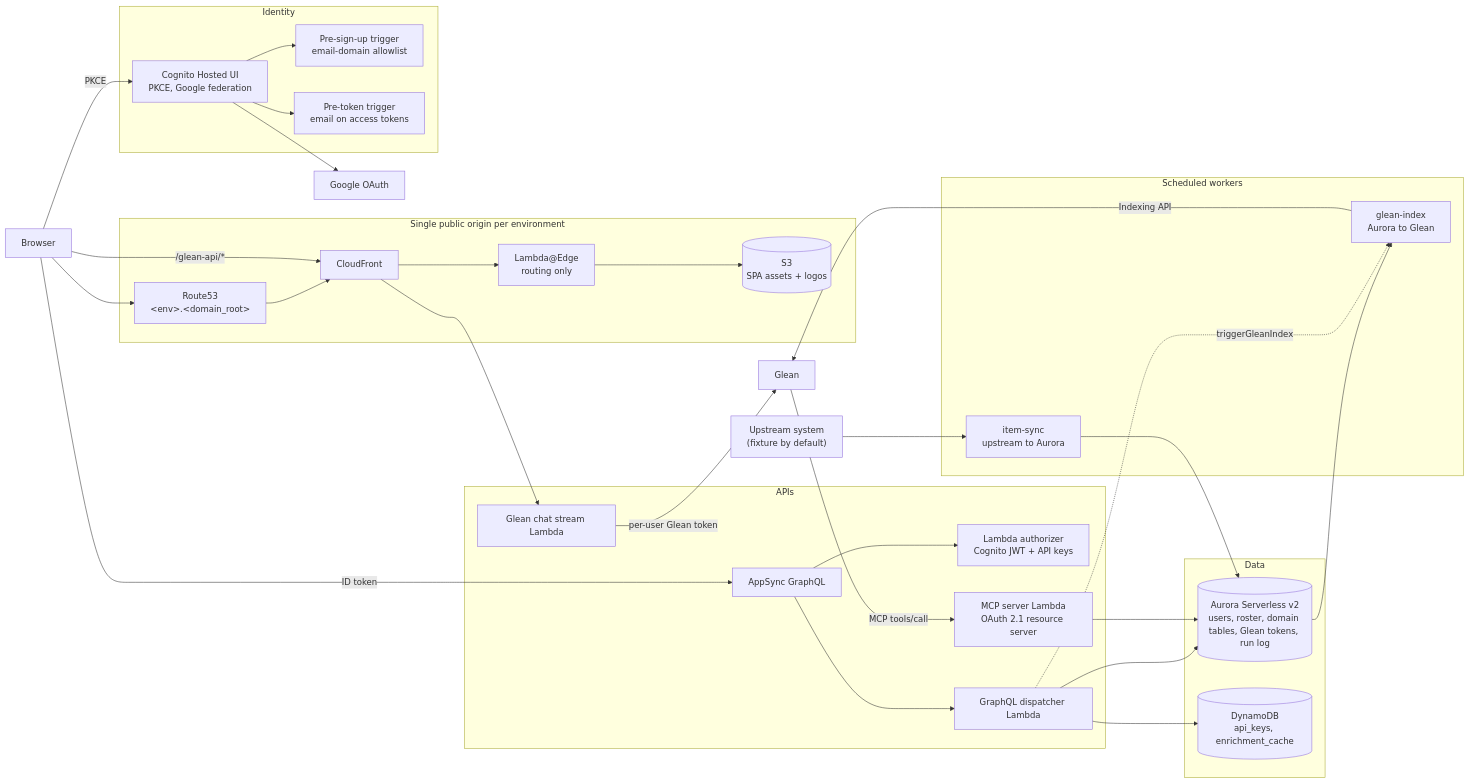
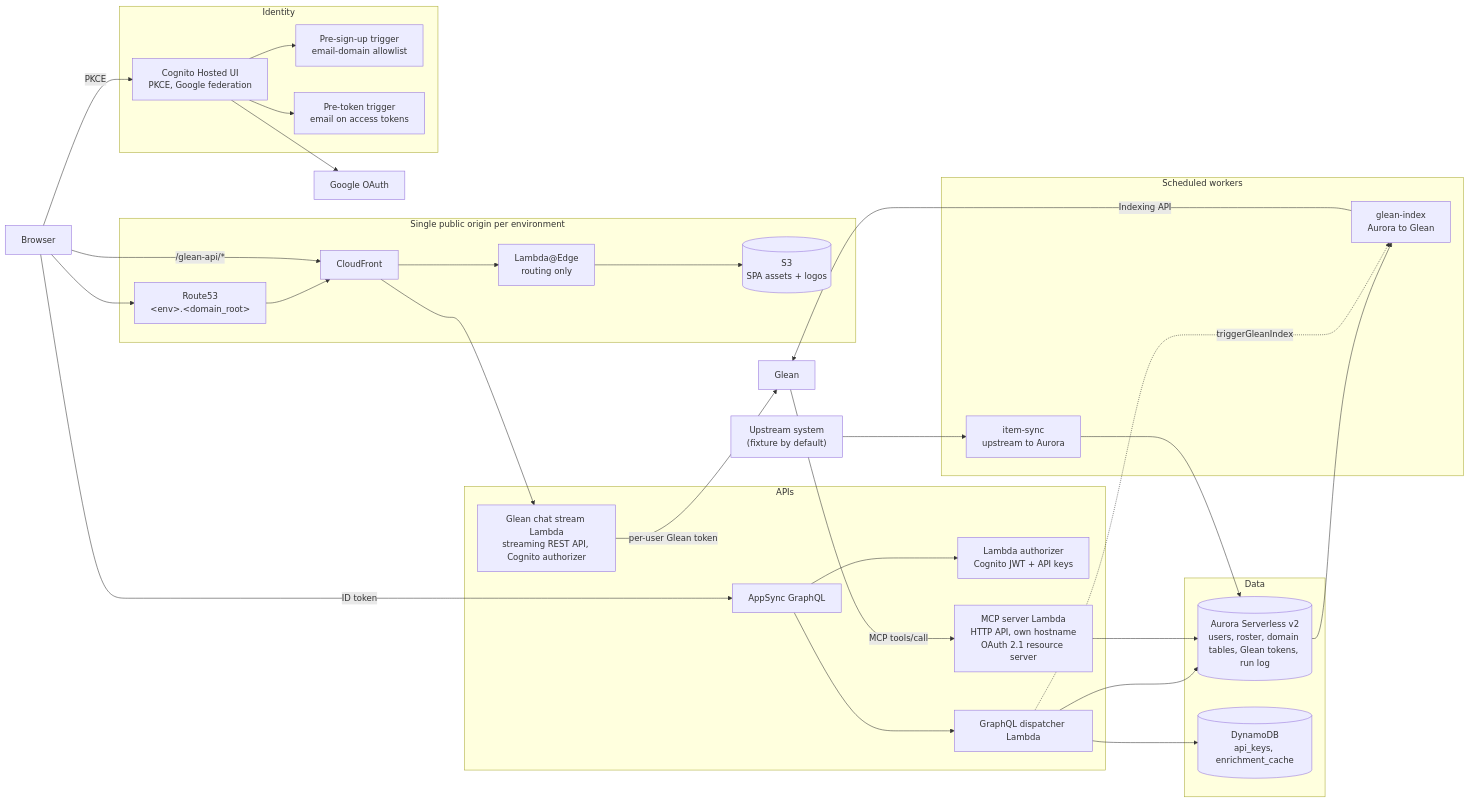
The diagram in docs/white-paper.md (James-Crawford-Glean/External-Hub-Accelerator), drawn with Mermaid before and after one commit. The commit also changed other lines of this file and 4 other files, not shown here.

````diff
--- a/docs/white-paper.md
+++ b/docs/white-paper.md
@@ -103,50 +105,50 @@
 ```mermaid
 flowchart LR
   user["Browser"]
   glean["Glean"]
   google["Google OAuth"]
 
   subgraph edge["Single public origin per environment"]
     dns["Route53<br/>&lt;env&gt;.&lt;domain_root&gt;"]
     cf["CloudFront"]
     edgefn["Lambda@Edge<br/>routing only"]
     spa[("S3<br/>SPA assets + logos")]
   end
 
   subgraph auth["Identity"]
     cognito["Cognito Hosted UI<br/>PKCE, Google federation"]
     presignup["Pre-sign-up trigger<br/>email-domain allowlist"]
     pretoken["Pre-token trigger<br/>email on access tokens"]
   end
 
   subgraph api["APIs"]
     appsync["AppSync GraphQL"]
     authorizer["Lambda authorizer<br/>Cognito JWT + API keys"]
     gql["GraphQL dispatcher Lambda"]
-    mcp["MCP server Lambda<br/>OAuth 2.1 resource server"]
-    stream["Glean chat stream Lambda"]
+    mcp["MCP server Lambda<br/>HTTP API, own hostname<br/>OAuth 2.1 resource server"]
+    stream["Glean chat stream Lambda<br/>streaming REST API, Cognito authorizer"]
   end
 
   subgraph workers["Scheduled workers"]
     sync["item-sync<br/>upstream to Aurora"]
     indexer["glean-index<br/>Aurora to Glean"]
   end
 
   subgraph data["Data"]
     aurora[("Aurora Serverless v2<br/>users, roster, domain tables, Glean tokens, run log")]
     ddb[("DynamoDB<br/>api_keys, enrichment_cache")]
   end
 
   user --> dns --> cf --> edgefn --> spa
   user -->|PKCE| cognito --> google
   cognito --> presignup
   cognito --> pretoken
   user -->|ID token| appsync --> authorizer
   appsync --> gql --> aurora
   gql --> ddb
   user -->|/glean-api/*| cf --> stream -->|per-user Glean token| glean
   glean -->|MCP tools/call| mcp --> aurora
   upstream["Upstream system<br/>(fixture by default)"] --> sync --> aurora
   aurora --> indexer -->|Indexing API| glean
   gql -.->|triggerGleanIndex| indexer
 ```
````
